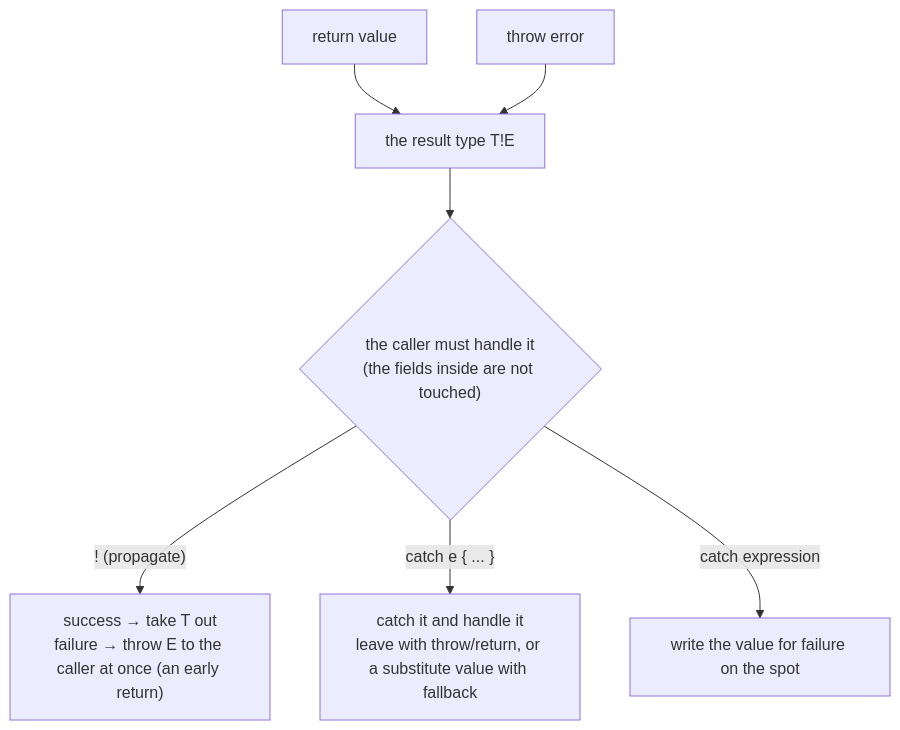
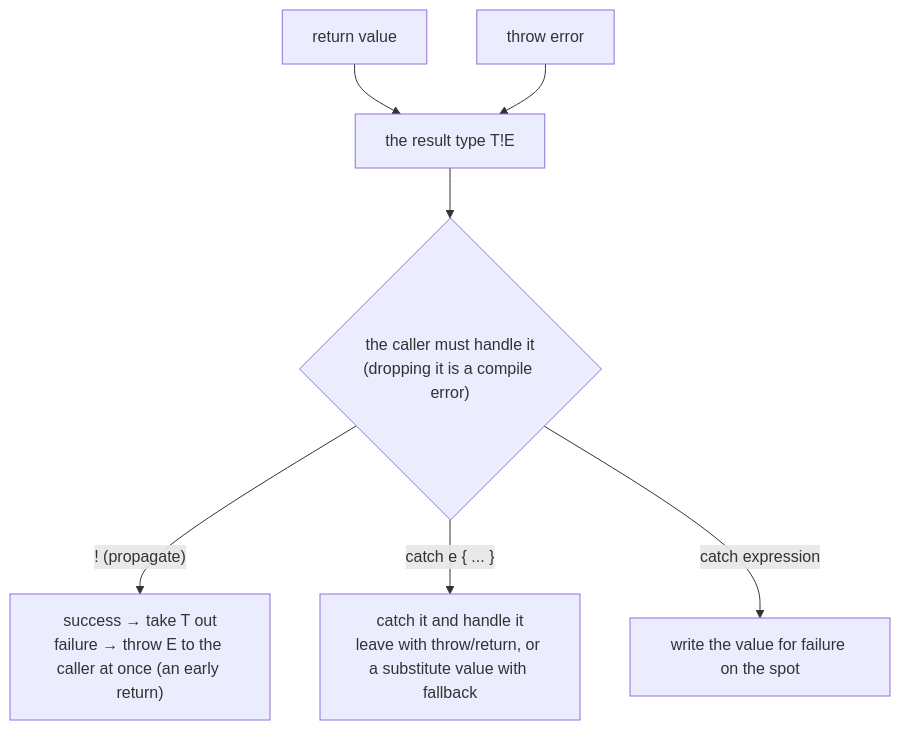
One commit to kansosystem-org/kspl-experimental changed the seventh of 10 diagrams in docs/SPEC-language.md. Above: the diagram before and after it, drawn with Mermaid. The commit also changed other lines of this file and 784 other files, not shown here.

````diff
--- a/docs/SPEC-language.md
+++ b/docs/SPEC-language.md
@@ -2376,9 +2481,9 @@
 ```mermaid
 flowchart TD
     RET["return value"] --> U["the result type T!E"]
     THROW["throw error"] --> U
-    U --> H{"the caller must handle it<br/>(the fields inside are not touched)"}
+    U --> H{"the caller must handle it<br/>(dropping it is a compile error)"}
     H -->|"! (propagate)"| P["success → take T out<br/>failure → throw E to the caller at once (an early return)"]
     H -->|"catch e { ... }"| C["catch it and handle it<br/>leave with throw/return, or a substitute value with fallback"]
     H -->|"catch expression"| CE["write the value for failure on the spot"]
 ```
````
